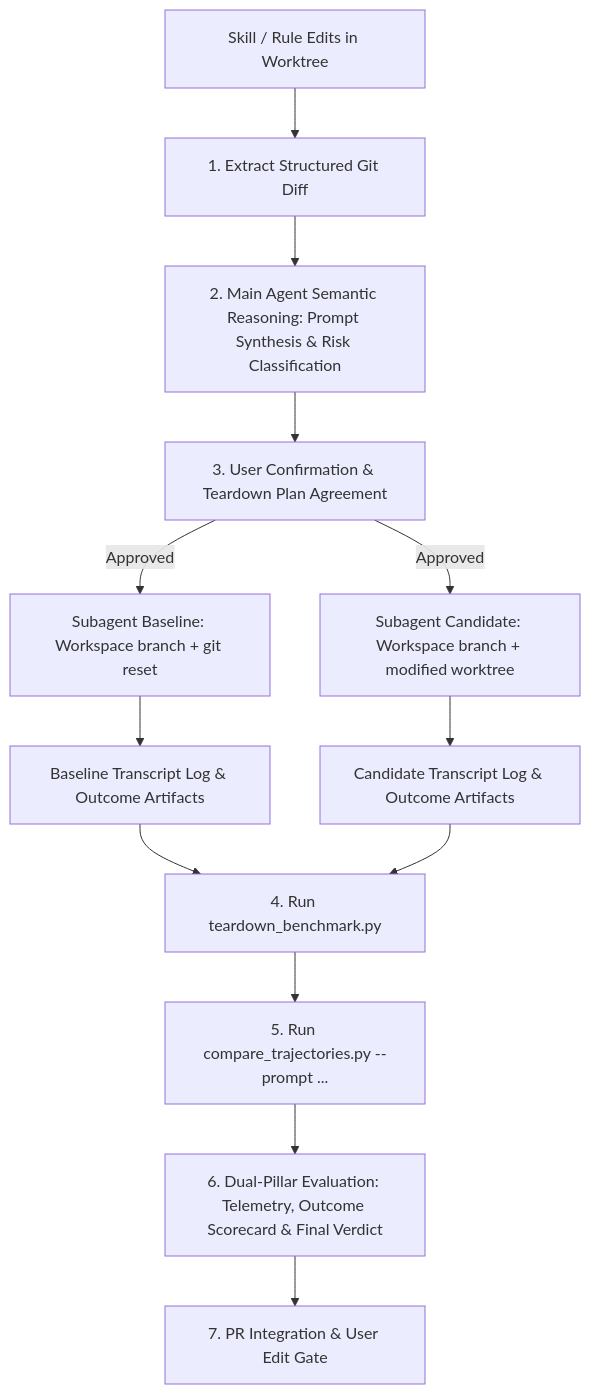
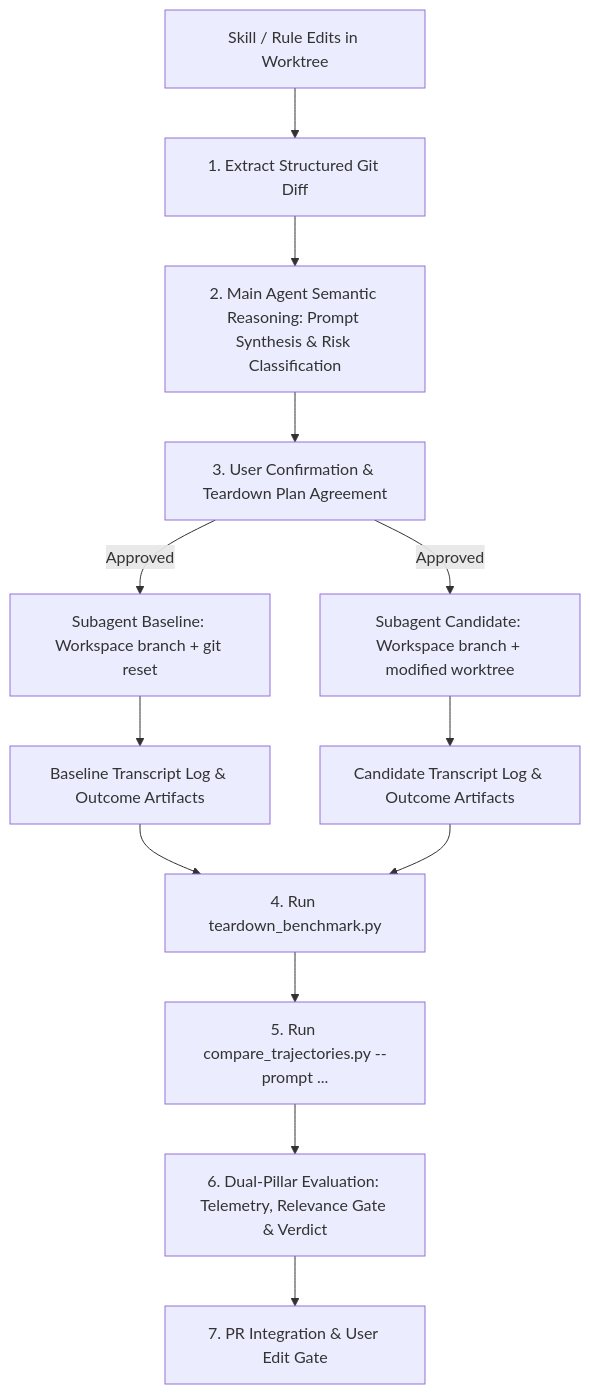
Before and after one commit to google/xmc: the diagram in .agents/skills/xmc_trajectory_comparison/SKILL.md, drawn with Mermaid. The commit also changed other lines of this file and 1 other file, not shown here.

First line of the commit message:
feat(skills): add Prompt Relevance Gate and Efficiency Tuning Verdict rules

````diff
--- a/.agents/skills/xmc_trajectory_comparison/SKILL.md
+++ b/.agents/skills/xmc_trajectory_comparison/SKILL.md
@@ -10,14 +10,14 @@
 ```mermaid
 graph TD
     A[Skill / Rule Edits in Worktree] --> B[1. Extract Structured Git Diff]
     B --> C[2. Main Agent Semantic Reasoning: Prompt Synthesis & Risk Classification]
     C --> D[3. User Confirmation & Teardown Plan Agreement]
     D -->|Approved| E1[Subagent Baseline: Workspace branch + git reset]
     D -->|Approved| E2[Subagent Candidate: Workspace branch + modified worktree]
     E1 --> F1[Baseline Transcript Log & Outcome Artifacts]
     E2 --> F2[Candidate Transcript Log & Outcome Artifacts]
     F1 & F2 --> G[4. Run teardown_benchmark.py]
     G --> H[5. Run compare_trajectories.py --prompt ...]
-    H --> I[6. Dual-Pillar Evaluation: Telemetry, Outcome Scorecard & Final Verdict]
+    H --> I[6. Dual-Pillar Evaluation: Telemetry, Relevance Gate & Verdict]
     I --> J[7. PR Integration & User Edit Gate]
 ```
````
